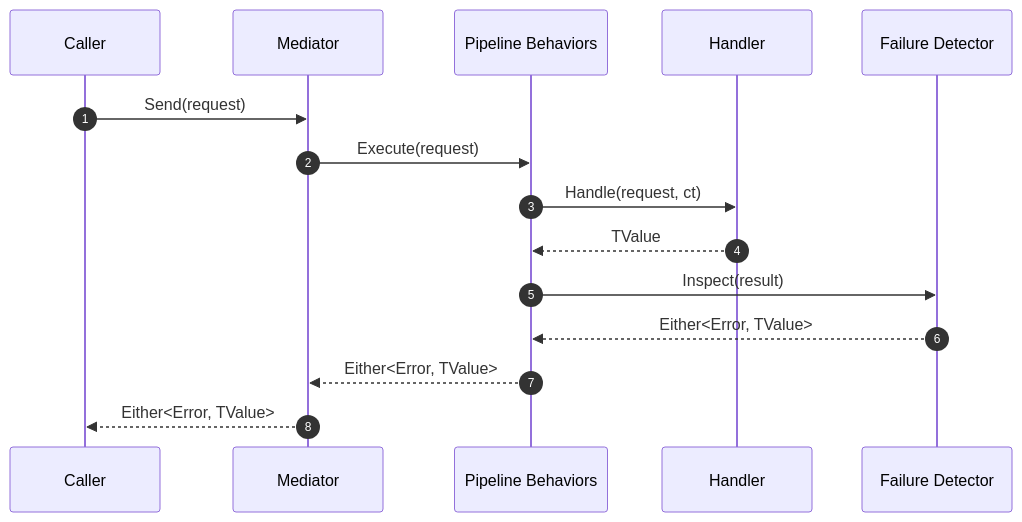
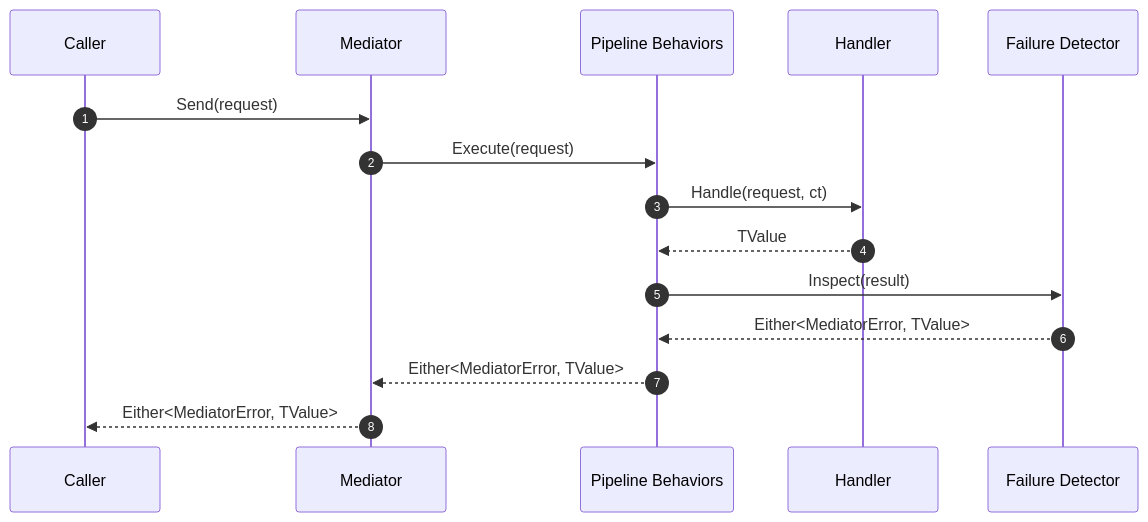
The diagram in README.md (dlrivada/Encina), drawn with Mermaid before and after one commit. The commit also changed other lines of this file and 28 other files, not shown here.

First line of the commit message:
Refactor error handling and pipeline behavior to use MediatorError

````diff
--- a/README.md
+++ b/README.md
@@ -142,18 +142,18 @@
 ```mermaid
 sequenceDiagram
     autonumber
     participant Caller
     participant Mediator
     participant Pipeline as Pipeline Behaviors
     participant Handler
     participant FailureDetector as Failure Detector
 
     Caller->>Mediator: Send(request)
     Mediator->>Pipeline: Execute(request)
     Pipeline->>Handler: Handle(request, ct)
     Handler-->>Pipeline: TValue
     Pipeline->>FailureDetector: Inspect(result)
-    FailureDetector-->>Pipeline: Either<Error, TValue>
-    Pipeline-->>Mediator: Either<Error, TValue>
-    Mediator-->>Caller: Either<Error, TValue>
+    FailureDetector-->>Pipeline: Either<MediatorError, TValue>
+    Pipeline-->>Mediator: Either<MediatorError, TValue>
+    Mediator-->>Caller: Either<MediatorError, TValue>
 ```
````
